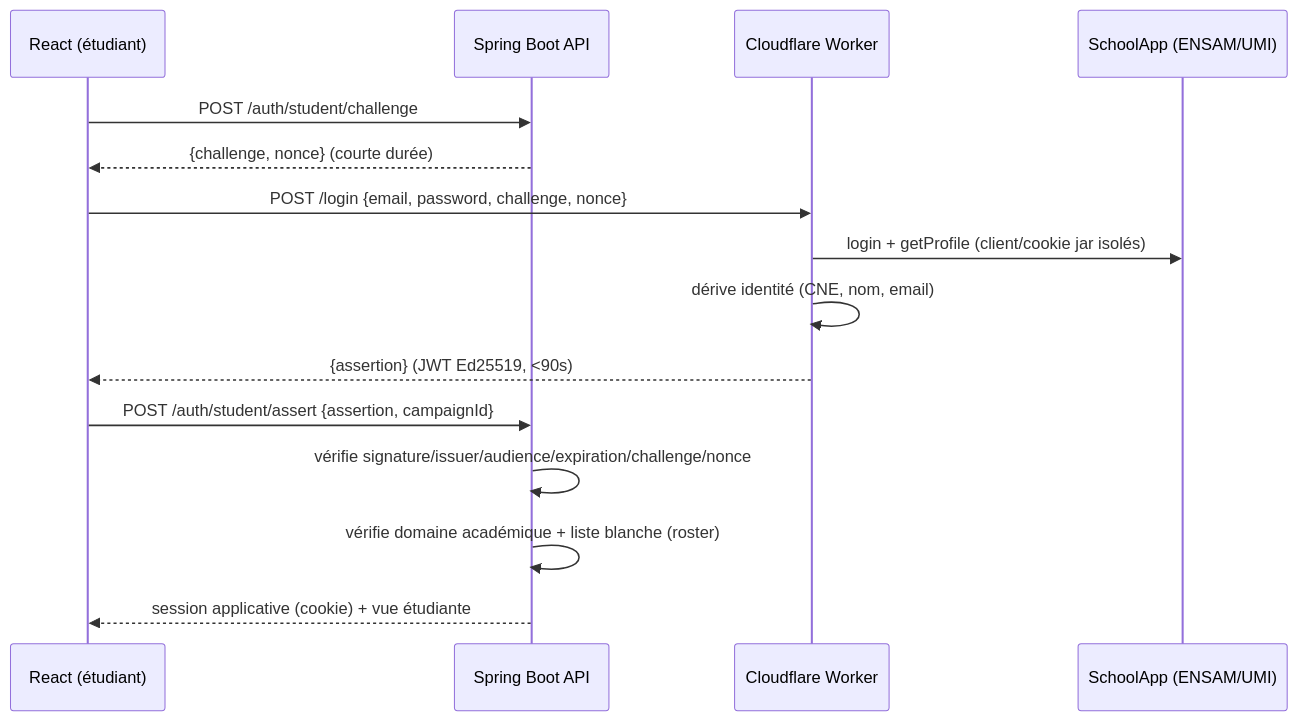
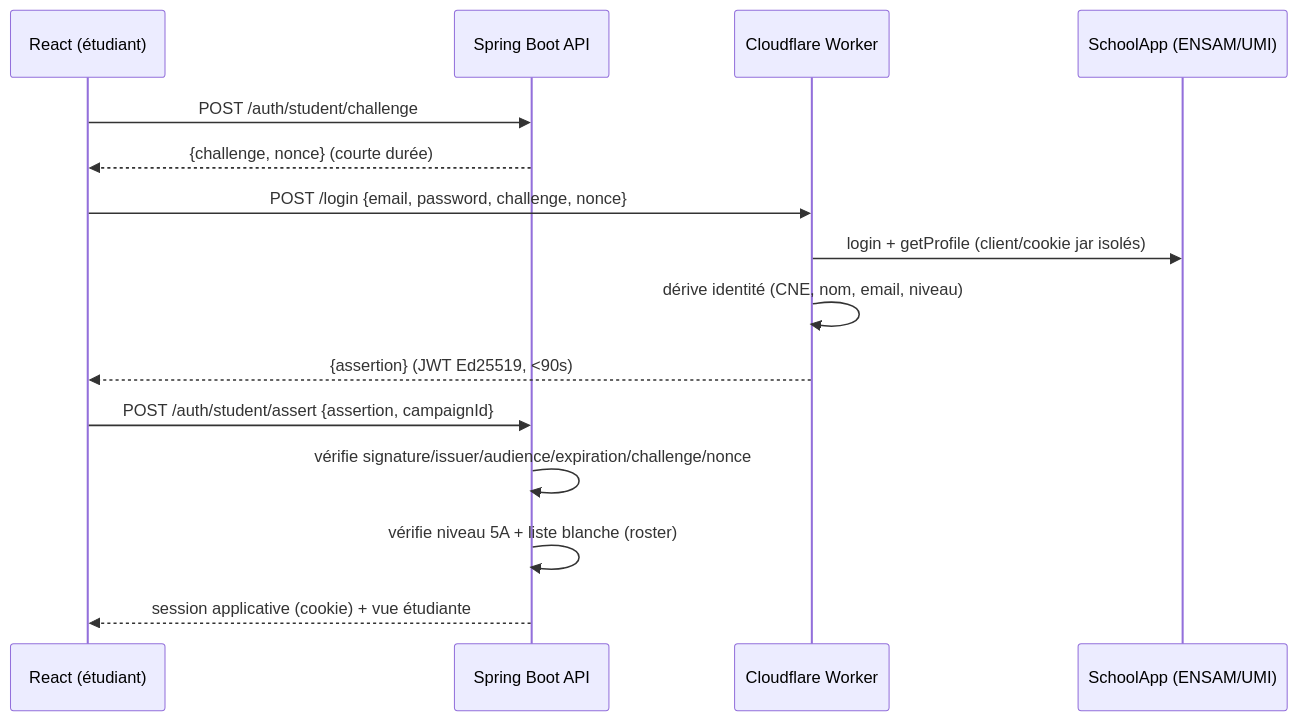
One commit to NacreousDawn596/FAME changed the diagram in docs/auth-trust-boundary.md. Above: the diagram before and after it, drawn with Mermaid. The commit also changed 17 other files, not shown here.

Commit message:
Auth: accept any email domain (Google/Proton/edu...); enforce final-year niveau 5A as eligibility check (worker emits niveau claim, backend verifies, removes academic-domain config)

````diff
--- a/docs/auth-trust-boundary.md
+++ b/docs/auth-trust-boundary.md
@@ -5,18 +5,18 @@
 ```mermaid
 sequenceDiagram
     participant R as React (étudiant)
     participant A as Spring Boot API
     participant W as Cloudflare Worker
     participant S as SchoolApp (ENSAM/UMI)
 
     R->>A: POST /auth/student/challenge
     A-->>R: {challenge, nonce} (courte durée)
     R->>W: POST /login {email, password, challenge, nonce}
     W->>S: login + getProfile (client/cookie jar isolés)
-    W->>W: dérive identité (CNE, nom, email)
+    W->>W: dérive identité (CNE, nom, email, niveau)
     W-->>R: {assertion} (JWT Ed25519, <90s)
     R->>A: POST /auth/student/assert {assertion, campaignId}
     A->>A: vérifie signature/issuer/audience/expiration/challenge/nonce
-    A->>A: vérifie domaine académique + liste blanche (roster)
+    A->>A: vérifie niveau 5A + liste blanche (roster)
     A-->>R: session applicative (cookie) + vue étudiante
 ```
````
